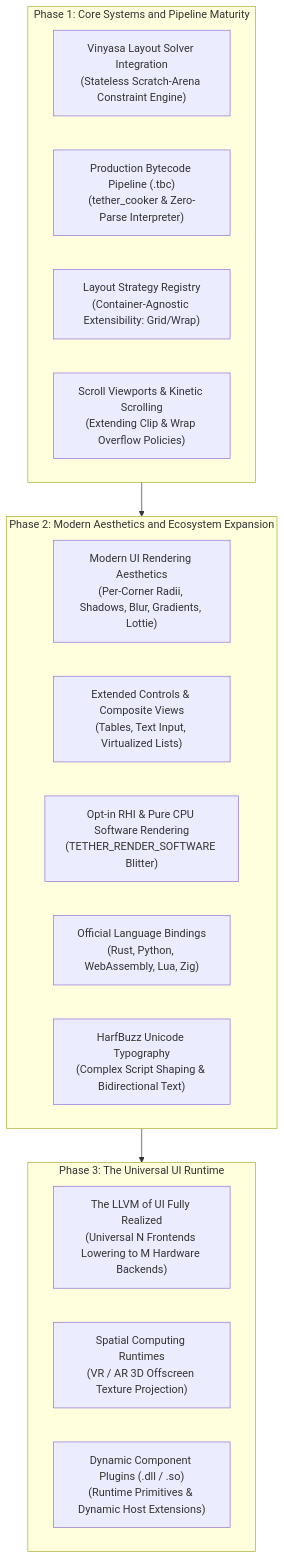
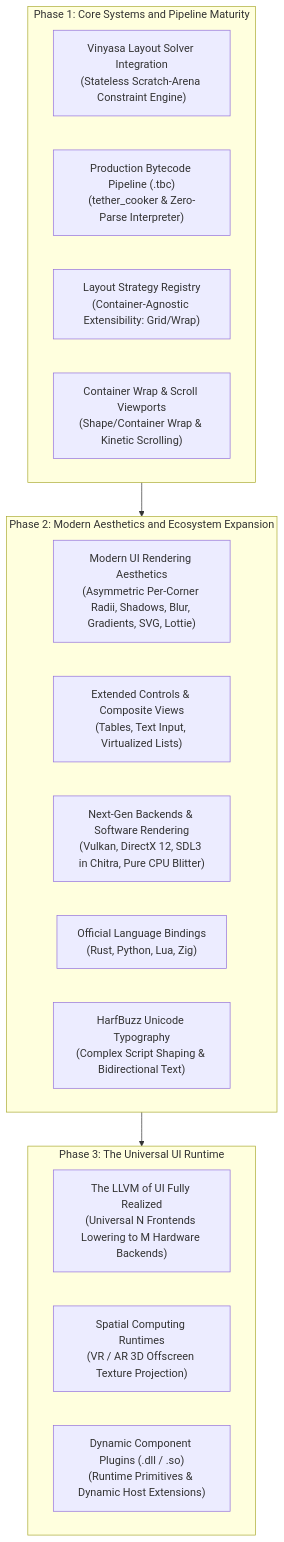
Before and after one commit to Yuvi-GD/Tether: the diagram in docs/presentation/10_roadmap_and_community.md, drawn with Mermaid. The commit also changed other lines of this file and 5 other files, not shown here.

````diff
--- a/docs/presentation/10_roadmap_and_community.md
+++ b/docs/presentation/10_roadmap_and_community.md
@@ -15,26 +15,26 @@
 ```mermaid
 flowchart TD
     subgraph NearTerm["Phase 1: Core Systems and Pipeline Maturity"]
         Vinyasa["Vinyasa Layout Solver Integration\n(Stateless Scratch-Arena Constraint Engine)"]
         AOTCooker["Production Bytecode Pipeline (.tbc)\n(tether_cooker & Zero-Parse Interpreter)"]
         StrategyReg["Layout Strategy Registry\n(Container-Agnostic Extensibility: Grid/Wrap)"]
-        OverflowSystem["Scroll Viewports & Kinetic Scrolling\n(Extending Clip & Wrap Overflow Policies)"]
+        OverflowSystem["Container Wrap & Scroll Viewports\n(Shape/Container Wrap & Kinetic Scrolling)"]
     end
 
     subgraph MidTerm["Phase 2: Modern Aesthetics and Ecosystem Expansion"]
-        Aesthetics["Modern UI Rendering Aesthetics\n(Per-Corner Radii, Shadows, Blur, Gradients, Lottie)"]
+        Aesthetics["Modern UI Rendering Aesthetics\n(Asymmetric Per-Corner Radii, Shadows, Blur, Gradients, SVG, Lottie)"]
         Prefabs["Extended Controls & Composite Views\n(Tables, Text Input, Virtualized Lists)"]
-        OptInDrivers["Opt-in RHI & Pure CPU Software Rendering\n(TETHER_RENDER_SOFTWARE Blitter)"]
-        Bindings["Official Language Bindings\n(Rust, Python, WebAssembly, Lua, Zig)"]
+        OptInDrivers["Next-Gen Backends & Software Rendering\n(Vulkan, DirectX 12, SDL3 in Chitra, Pure CPU Blitter)"]
+        Bindings["Official Language Bindings\n(Rust, Python, Lua, Zig)"]
         Typography["HarfBuzz Unicode Typography\n(Complex Script Shaping & Bidirectional Text)"]
     end
 
     subgraph LongTerm["Phase 3: The Universal UI Runtime"]
         LLVMModel["The LLVM of UI Fully Realized\n(Universal N Frontends Lowering to M Hardware Backends)"]
         Spatial["Spatial Computing Runtimes\n(VR / AR 3D Offscreen Texture Projection)"]
         HotPlugins["Dynamic Component Plugins (.dll / .so)\n(Runtime Primitives & Dynamic Host Extensions)"]
     end
 
     NearTerm --> MidTerm
     MidTerm --> LongTerm
 ```
````
